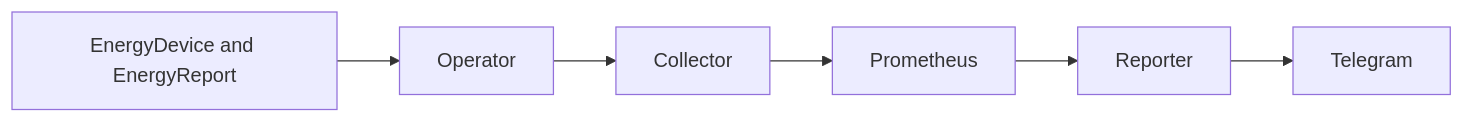
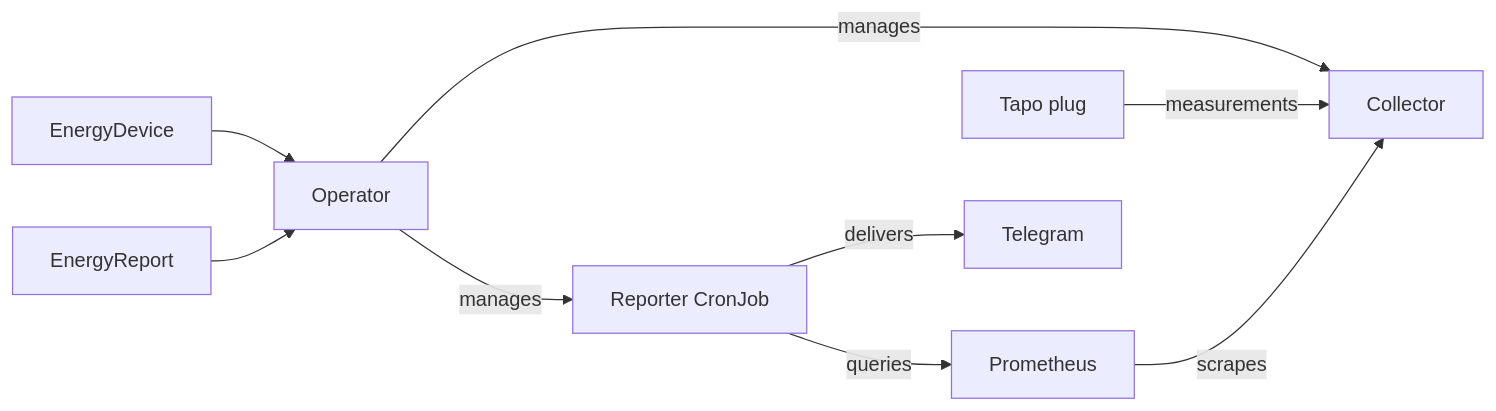
Before and after one commit to alvarorg14/kubewattch: the diagram in README.md, drawn with Mermaid. The commit also changed other lines of this file and 28 other files, not shown here.

````diff
--- a/README.md
+++ b/README.md
@@ -60,8 +76,11 @@
 ```mermaid
 flowchart LR
-  CR[EnergyDevice and EnergyReport] --> Operator
-  Operator --> Collector
-  Collector --> Prometheus
-  Prometheus --> Reporter
-  Reporter --> Telegram
+  D[EnergyDevice] --> O[Operator]
+  E[EnergyReport] --> O
+  O -->|manages| C[Collector]
+  O -->|manages| J[Reporter CronJob]
+  T[Tapo plug] -->|measurements| C
+  P[Prometheus] -->|scrapes| C
+  J -->|queries| P
+  J -->|delivers| G[Telegram]
 ```
````
